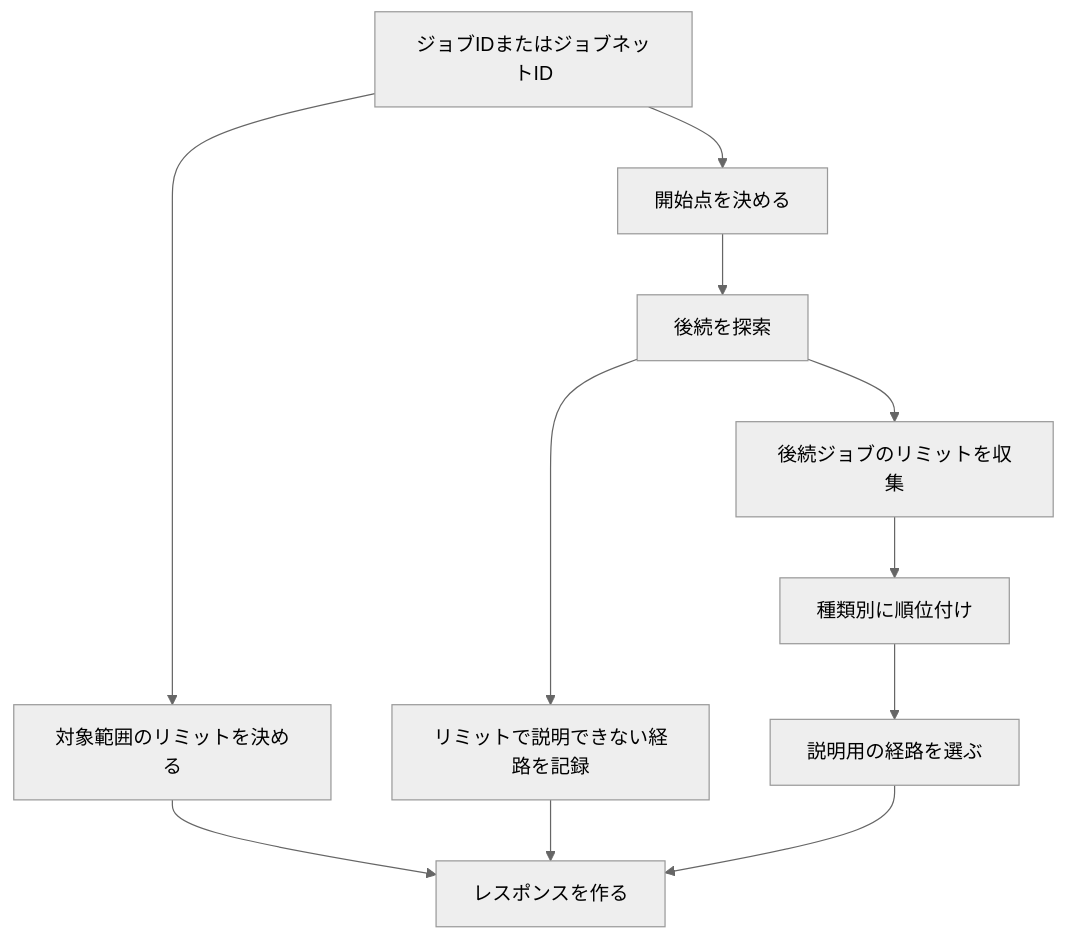
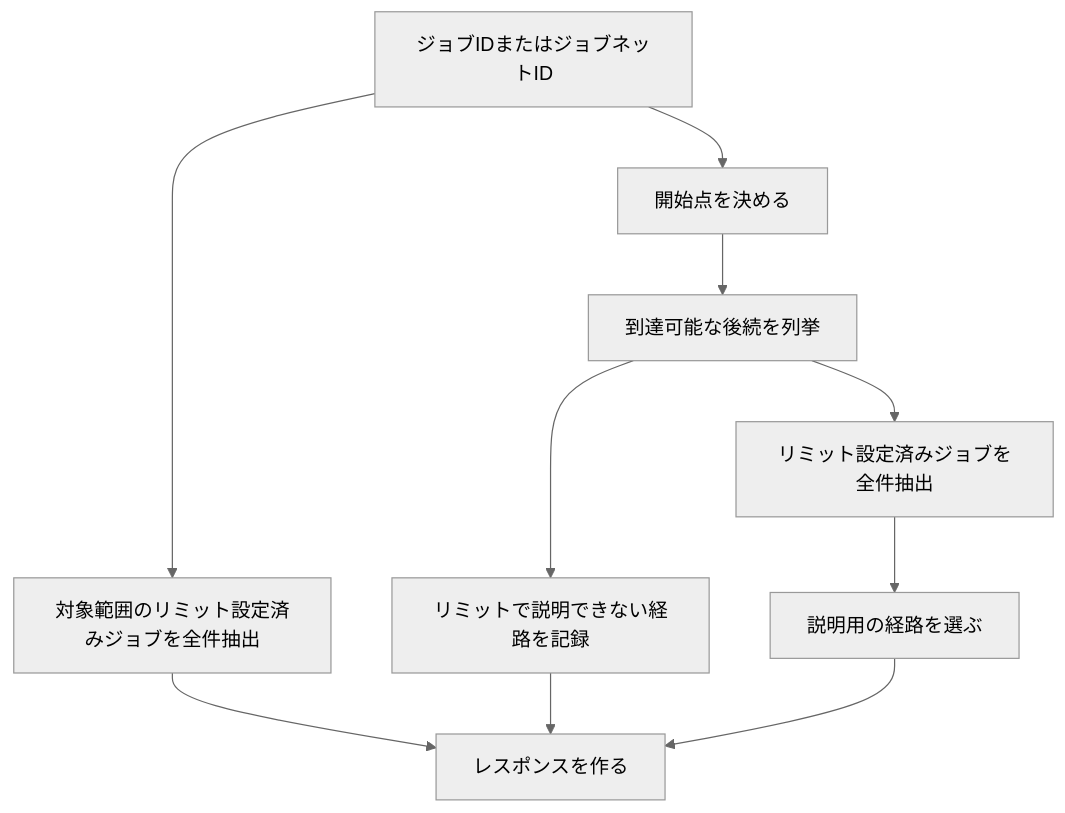
Before and after one commit to vnzzzz/batch-scope: the first of 4 diagrams in docs/design/dependency-analysis.md, drawn with Mermaid (neutral theme). The commit also changed other lines of this file and 16 other files, not shown here.

````diff
--- a/docs/design/dependency-analysis.md
+++ b/docs/design/dependency-analysis.md
@@ -5,13 +7,12 @@
 ```mermaid
 flowchart TD
-    T[ジョブIDまたはジョブネットID] --> S[対象範囲のリミットを決める]
+    T[ジョブIDまたはジョブネットID] --> S[対象範囲のリミット設定済みジョブを全件抽出]
     T --> B[開始点を決める]
-    B --> D[後続を探索]
-    D --> L[後続ジョブのリミットを収集]
+    B --> D[到達可能な後続を列挙]
+    D --> L[リミット設定済みジョブを全件抽出]
     D --> U[リミットで説明できない経路を記録]
-    L --> R[種類別に順位付け]
-    R --> P[説明用の経路を選ぶ]
+    L --> P[説明用の経路を選ぶ]
     S --> O[レスポンスを作る]
     U --> O
     P --> O
 ```
````
